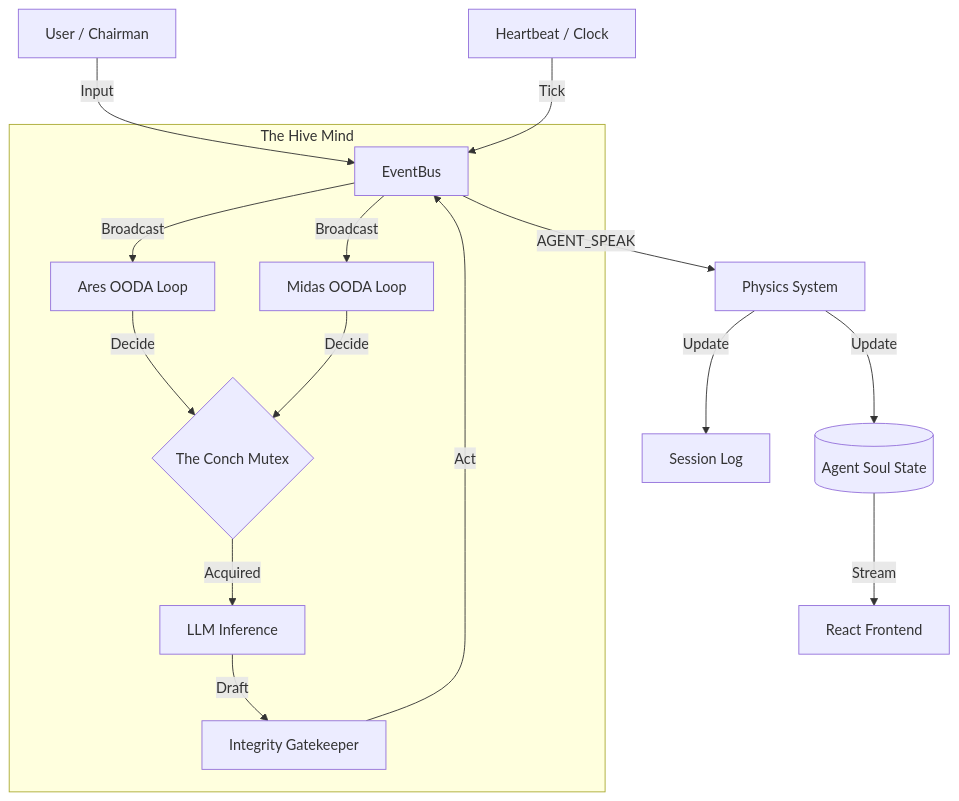
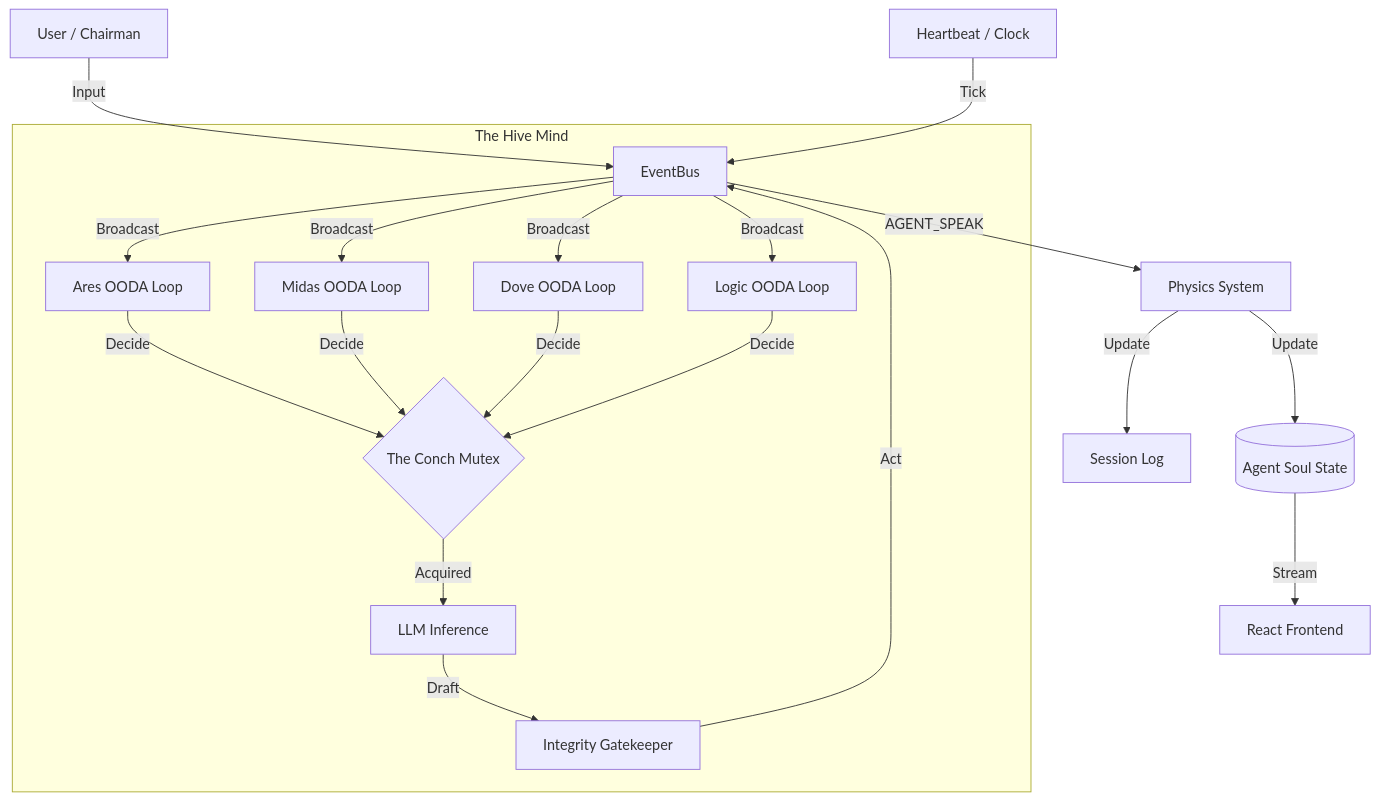
Before and after one commit to hardikrawat/Iron-Council-v2.0: the diagram in README.md, drawn with Mermaid. The commit also changed other lines of this file and 12 other files, not shown here.

````diff
--- a/README.md
+++ b/README.md
@@ -15,23 +15,27 @@
 ```mermaid
 graph TD
     User[User / Chairman] -->|Input| EventBus
     Heartbeat[Heartbeat / Clock] -->|Tick| EventBus
     
     subgraph "The Hive Mind"
         EventBus -->|Broadcast| OODA_Ares[Ares OODA Loop]
         EventBus -->|Broadcast| OODA_Midas[Midas OODA Loop]
+        EventBus -->|Broadcast| OODA_Dove[Dove OODA Loop]
+        EventBus -->|Broadcast| OODA_Logic[Logic OODA Loop]
         
         OODA_Ares -->|Decide| Lock{The Conch Mutex}
         OODA_Midas -->|Decide| Lock
+        OODA_Dove -->|Decide| Lock
+        OODA_Logic -->|Decide| Lock
         
         Lock -->|Acquired| LLM[LLM Inference]
         LLM -->|Draft| Integrity[Integrity Gatekeeper]
         Integrity -->|Act| EventBus
     end
     
     EventBus -->|AGENT_SPEAK| PhysicsSystem[Physics System]
     PhysicsSystem -->|Update| State[(Agent Soul State)]
     PhysicsSystem -->|Update| Transcript[Session Log]
     
     State -->|Stream| UI[React Frontend]
 ```
````
